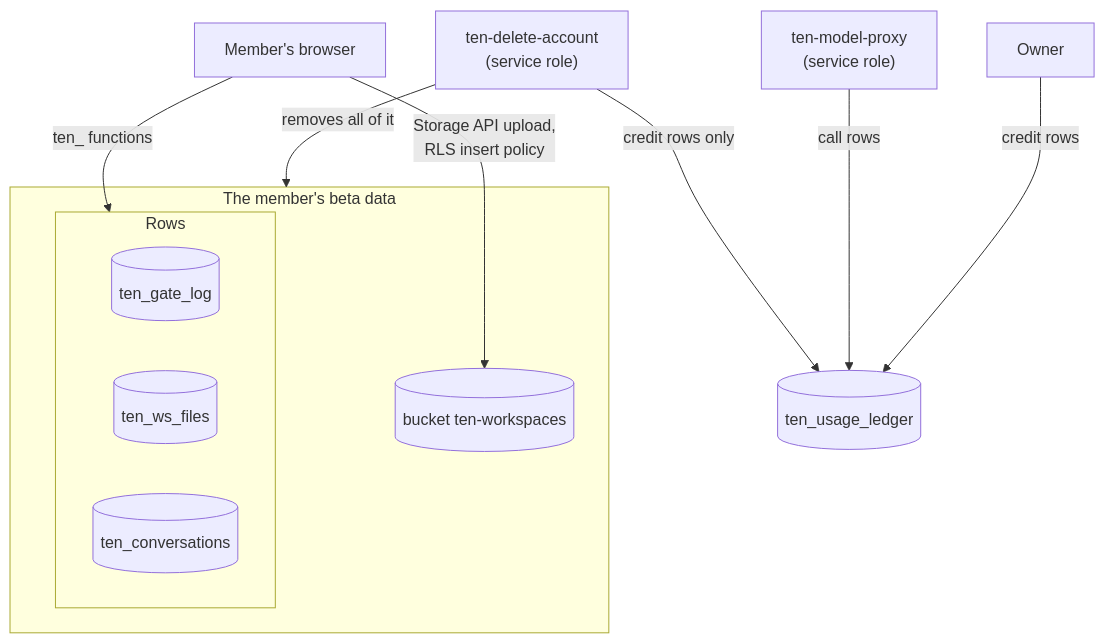
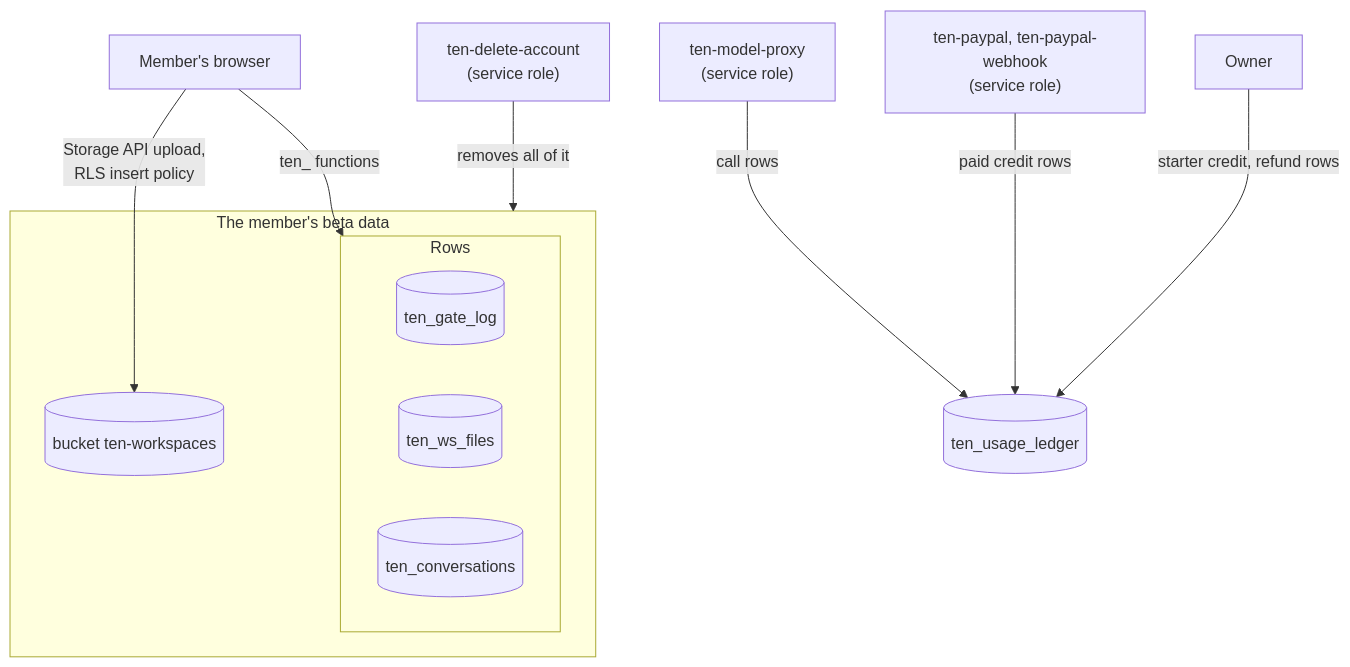
The fourth of 6 diagrams in docs/ARCHITECTURE.md (tydev-new/10xjobs-careercoach), drawn with Mermaid before and after one commit. The commit also changed other lines of this file and 2 other files, not shown here.

First line of the commit message:
docs(web): § 17.10 only Ten's own orders are credited (lead ruling on F1)

````diff
--- a/docs/ARCHITECTURE.md
+++ b/docs/ARCHITECTURE.md
@@ -219,22 +225,23 @@
 ```mermaid
 flowchart TD
   Browser["Member's browser"]
   Delete["ten-delete-account<br/>(service role)"]
   Proxy["ten-model-proxy<br/>(service role)"]
+  Pay["ten-paypal, ten-paypal-webhook<br/>(service role)"]
   Owner["Owner"]
   subgraph Beta["The member's beta data"]
     subgraph Rows["Rows"]
       Gates[("ten_gate_log")]
       Files[("ten_ws_files")]
       Conv[("ten_conversations")]
     end
     Bucket[("bucket ten-workspaces")]
   end
   Ledger[("ten_usage_ledger")]
   Browser -->|ten_ functions| Rows
   Browser -->|"Storage API upload,<br/>RLS insert policy"| Bucket
   Delete -->|removes all of it| Beta
-  Delete -->|credit rows only| Ledger
   Proxy -->|call rows| Ledger
-  Owner -->|credit rows| Ledger
+  Pay -->|paid credit rows| Ledger
+  Owner -->|starter credit, refund rows| Ledger
 ```
````
